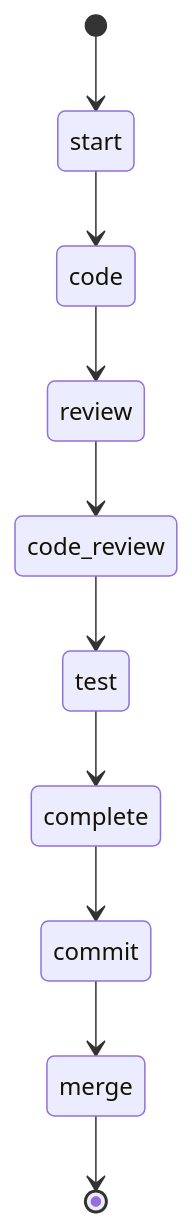
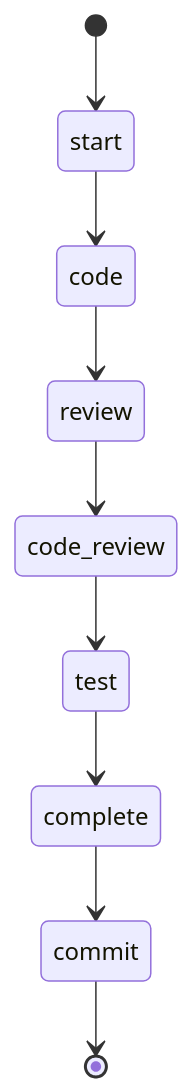
The diagram in builtin/workflows/do_issue.md (swissarmyhammer/swissarmyhammer), drawn with Mermaid before and after one commit. The commit also changed other lines of this file and 2 other files, not shown here.

Commit message:
fix: claude missed issue/merge prompt in workflow

````diff
--- a/builtin/workflows/do_issue.md
+++ b/builtin/workflows/do_issue.md
@@ -10,12 +10,11 @@
 ```mermaid
 stateDiagram-v2
     [*] --> start
     start --> code
     code --> review
     review --> code_review
     code_review --> test
     test --> complete
     complete --> commit
-    commit --> merge
-    merge --> [*]
+    commit --> [*]
 ```
````
